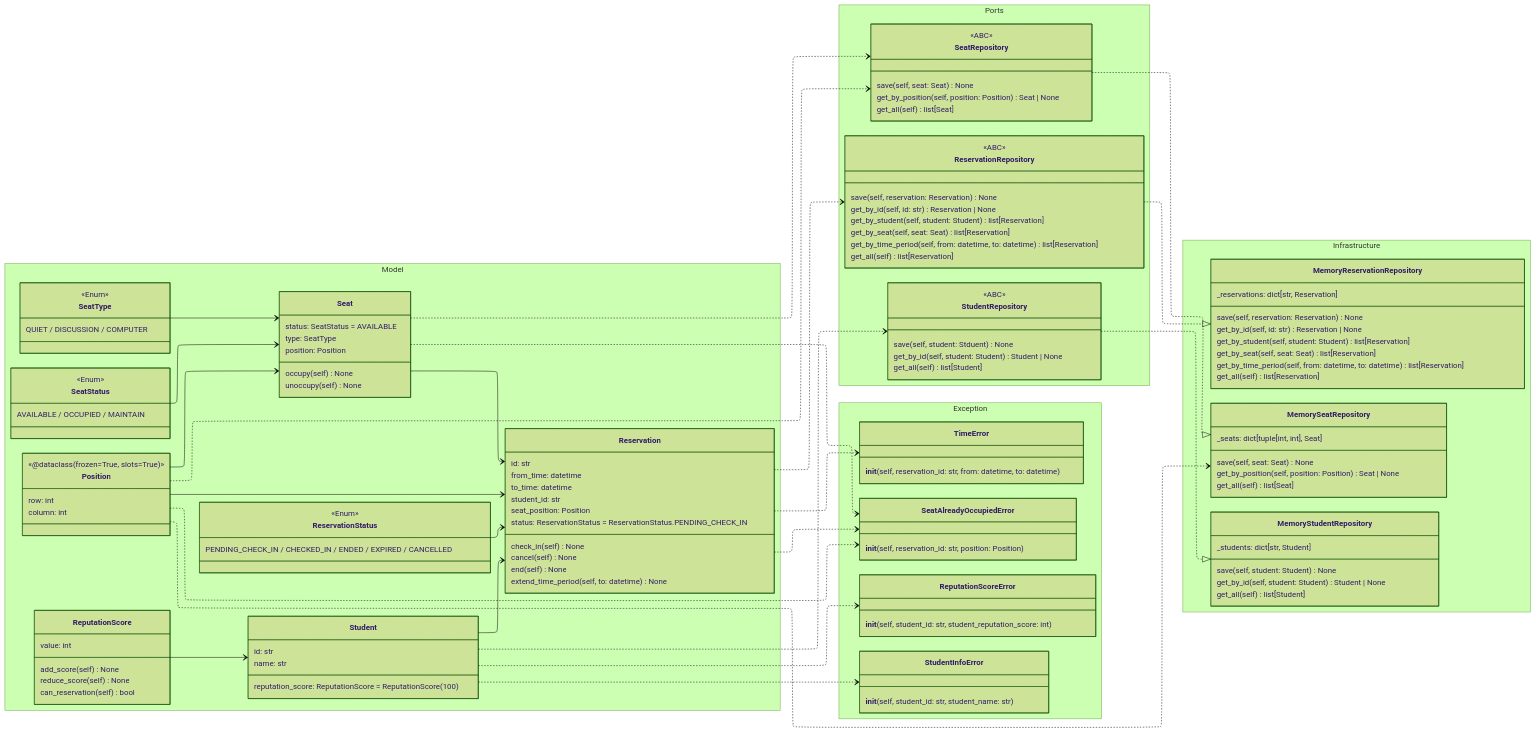
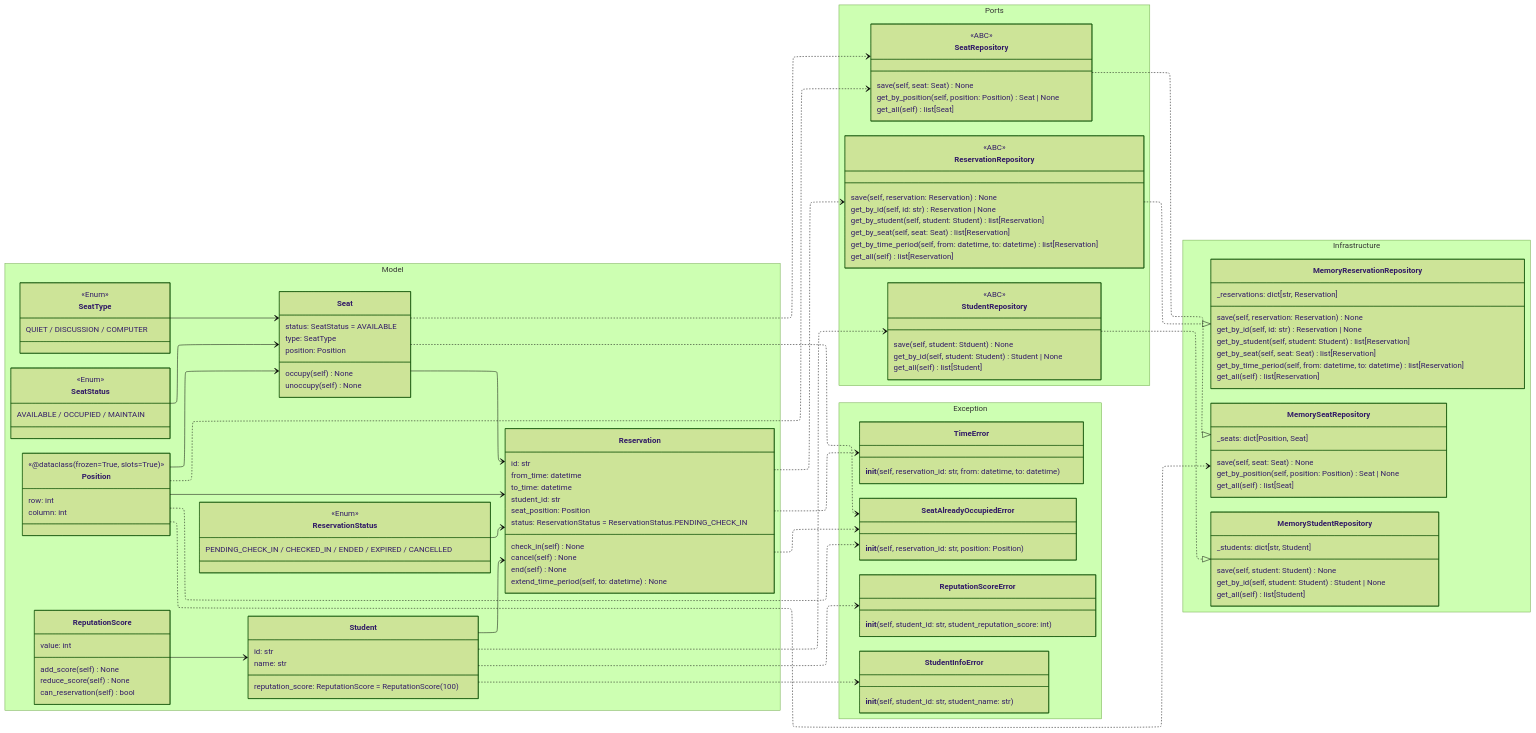
Before and after one commit to SumengQAQ/system-design: the diagram in Seat Reservation System/docs/Class.mmd, drawn with Mermaid (forest theme).

Commit message:
fix: 修正类图中的类型语法
- 将tuple[int, int]换为Position

```diff
--- a/Seat Reservation System/docs/Class.mmd
+++ b/Seat Reservation System/docs/Class.mmd
@@ -1,178 +1,178 @@
 ---
 config:
   layout: elk
   class:
     hideEmptyMembersBox: true
 ---
 %% 场景： 大学图书馆/自习室，学生可以预约座位、签到、暂离、续约。
 %% 业务规则：
 %% - 座位分区域（静音区/讨论区/电脑区）
 %% - 预约时段最小 1h，最长 4h
 %% - 预约后 30 分钟内不签到 → 自动取消 + 扣信用分
 %% - 暂离最长 30 分钟，超时自动释放座位
 %% - 信用分 < 60 → 本周不能再预约
 %% - 管理员可以设置座位维护状态
 classDiagram
 direction LR
 	namespace Model {
     class ReputationScore {
       value: int
       %% 校验：value∈[0,100]
       add_score(self) None
       reduce_score(self) None
       can_reservation(self) bool
       %% 信用分 < 60 → 不能预约
     }
 
     class Student {
       id: str
       name: str
       %% 校验：教务系统中看看有没有这个学生
       %% 没有单独分出来StudentId这个类来做数据校验
       %% 因为name需要和id联合校验
       reputation_score: ReputationScore = ReputationScore(100)
       %% 加上@property，直接返回reputation_score.value
       %% __eq__和__hash__都用id
     }
 
     class SeatStatus {
       <<Enum>>
       AVAILABLE / OCCUPIED / MAINTAIN
     }
 
     class ReservationStatus {
       <<Enum>>
       PENDING_CHECK_IN / CHECKED_IN / ENDED / EXPIRED / CANCELLED
     }
 
     class SeatType {
       <<Enum>>
       QUIET / DISCUSSION / COMPUTER
     }
 
     class Position {
       <<@dataclass(frozen=True, slots=True)>>
       row: int
       column: int
       %% __eq__和__hash__同时使用row和column
     }
 
     class Reservation {
       id: str
       from_time: datetime
       to_time: datetime
       %% 校验：from ≤ to，预约时段最小 1h，最长 4h
       student_id: str
       %% 需要从预约能查到学生，也需要从学生能查到预约
       %% 此处student_id不需要校验，因为是由校验过的学生创建的
       seat_position: Position
       status: ReservationStatus = ReservationStatus.PENDING_CHECK_IN
 
       check_in(self) None
       cancel(self) None
       end(self) None
       %% 状态机轮转，等我画状态图
       extend_time_period(self, to: datetime) None
       %% 在Service层编排
       %% __eq__和__hash__都用id
     }
 
     class Seat {
       status: SeatStatus = AVAILABLE
       type: SeatType
       position: Position
       %% 实际上座位不知道自己是什么类型，不知道自己在哪里
       %% 但是这里这样写也不是不行，直接看成元组得了
 
       occupy(self) None
       unoccupy(self) None
       %% 在Service层编排
       %% __eq__和__hash__都用position
     }
 	}
   Position --> Reservation
   ReputationScore --> Student
   ReservationStatus --> Reservation
   Student --> Reservation
   Seat --> Reservation
   Position --> Seat
   SeatStatus --> Seat
   SeatType --> Seat
 
   namespace Ports {
     class StudentRepository {
       <<ABC>>
       save(self, student: Stduent) None
       get_by_id(self, student: Student) Student | None
       get_all(self) list[Student]
     }
 
     class SeatRepository {
       <<ABC>>
       save(self, seat: Seat) None
       get_by_position(self, position: Position) Seat | None
       get_all(self) list[Seat]
     }
 
     class ReservationRepository {
       <<ABC>>
       save(self, reservation: Reservation) None
       get_by_id(self, id: str) Reservation | None
       get_by_student(self, student: Student) list[Reservation]
       get_by_seat(self, seat: Seat) list[Reservation]
       get_by_time_period(self, from: datetime, to: datetime) list[Reservation]
       get_all(self) list[Reservation]
     }
   }
   Student ..> StudentRepository
   Position ..> SeatRepository
   Seat ..> SeatRepository
   Reservation ..> ReservationRepository
 
   namespace Infrastructure {
     class MemoryStudentRepository {
       _students: dict[str, Student]
       save(self, student: Student) None
       get_by_id(self, student: Student) Student | None
       get_all(self) list[Student]
     }
 
     class MemorySeatRepository {
-      _seats: dict[tuple[int, int], Seat]
+      _seats: dict[Position, Seat]
       save(self, seat: Seat) None
       get_by_position(self, position: Position) Seat | None
       get_all(self) list[Seat]
     }
 
     class MemoryReservationRepository {
       _reservations: dict[str, Reservation]
       save(self, reservation: Reservation) None
       get_by_id(self, id: str) Reservation | None
       get_by_student(self, student: Student) list[Reservation]
       get_by_seat(self, seat: Seat) list[Reservation]
       get_by_time_period(self, from: datetime, to: datetime) list[Reservation]
       get_all(self) list[Reservation]
     }
   }
   StudentRepository ..|> MemoryStudentRepository
   Position ..> MemorySeatRepository
   SeatRepository ..|> MemorySeatRepository
   ReservationRepository ..|> MemoryReservationRepository
   %% Student --> MemoryStudentRepository
   %% Seat --> MemorySeatRepository
   %% Reservation --> MemoryReservationRepository
 
   namespace Exception {
     class StudentInfoError{__init__(self, student_id: str, student_name: str)}
     class TimeError{__init__(self, reservation_id: str, from: datetime, to: datetime)}
     class ReputationScoreError{__init__(self, student_id: str, student_reputation_score: int)}
     class SeatAlreadyOccupiedError{__init__(self, reservation_id: str, position: Position)}
     %% 异常要有上下文才行，方便溯源
     %% 还有预约相关的异常没写呢
   }
   Student ..> StudentInfoError
   Reservation ..> TimeError
   Student ..> ReputationScoreError
   Seat ..> SeatAlreadyOccupiedError
   Position ..> SeatAlreadyOccupiedError
   Reservation ..> SeatAlreadyOccupiedError
```
